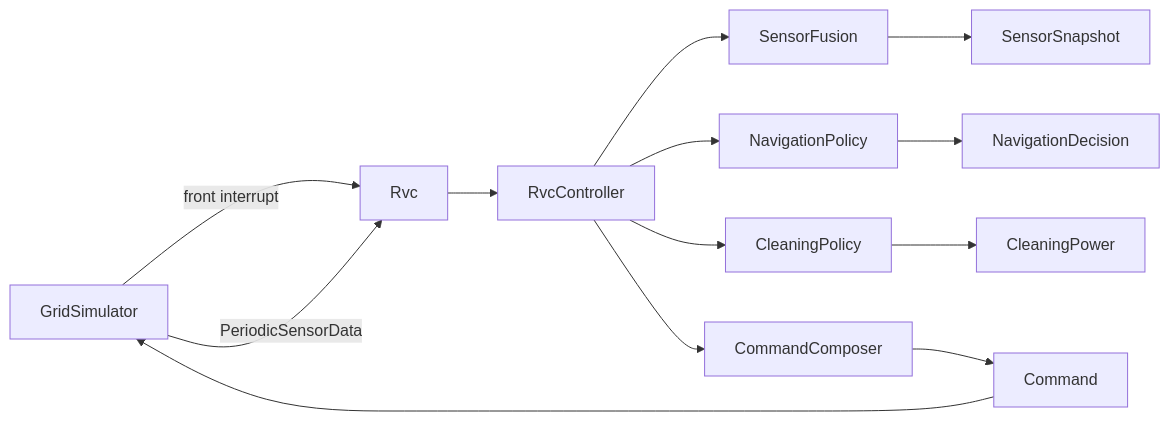
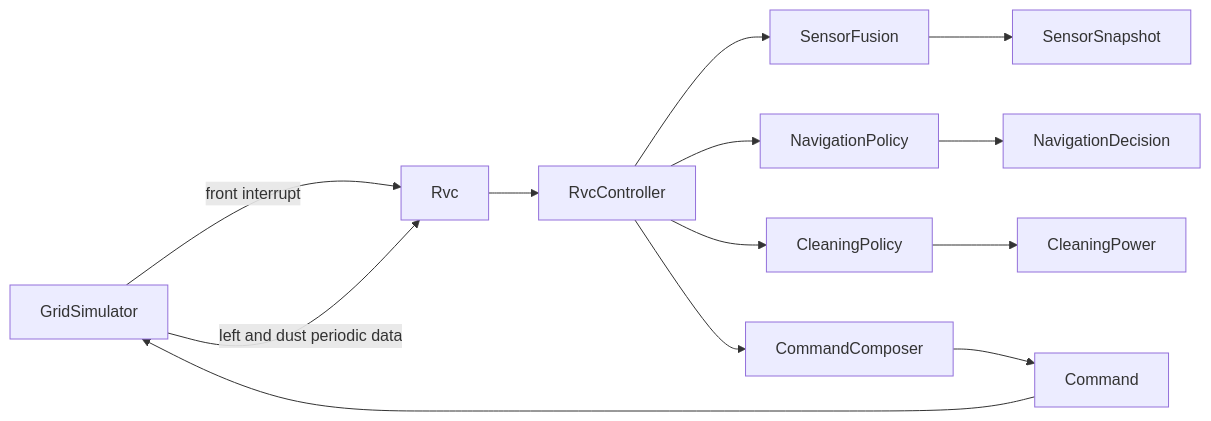
The first of 2 diagrams in docs/sdd.md (reload02/ooad-vibe), drawn with Mermaid before and after one commit. The commit also changed other lines of this file and 22 other files, not shown here.

````diff
--- a/docs/sdd.md
+++ b/docs/sdd.md
@@ -9,15 +15,15 @@
 ```mermaid
 flowchart LR
     GridSimulator -->|front interrupt| Rvc
-    GridSimulator -->|PeriodicSensorData| Rvc
+    GridSimulator -->|left and dust periodic data| Rvc
     Rvc --> RvcController
     RvcController --> SensorFusion
     RvcController --> NavigationPolicy
     RvcController --> CleaningPolicy
     RvcController --> CommandComposer
     SensorFusion --> SensorSnapshot
     NavigationPolicy --> NavigationDecision
     CleaningPolicy --> CleaningPower
     CommandComposer --> Command
     Command --> GridSimulator
 ```
````
